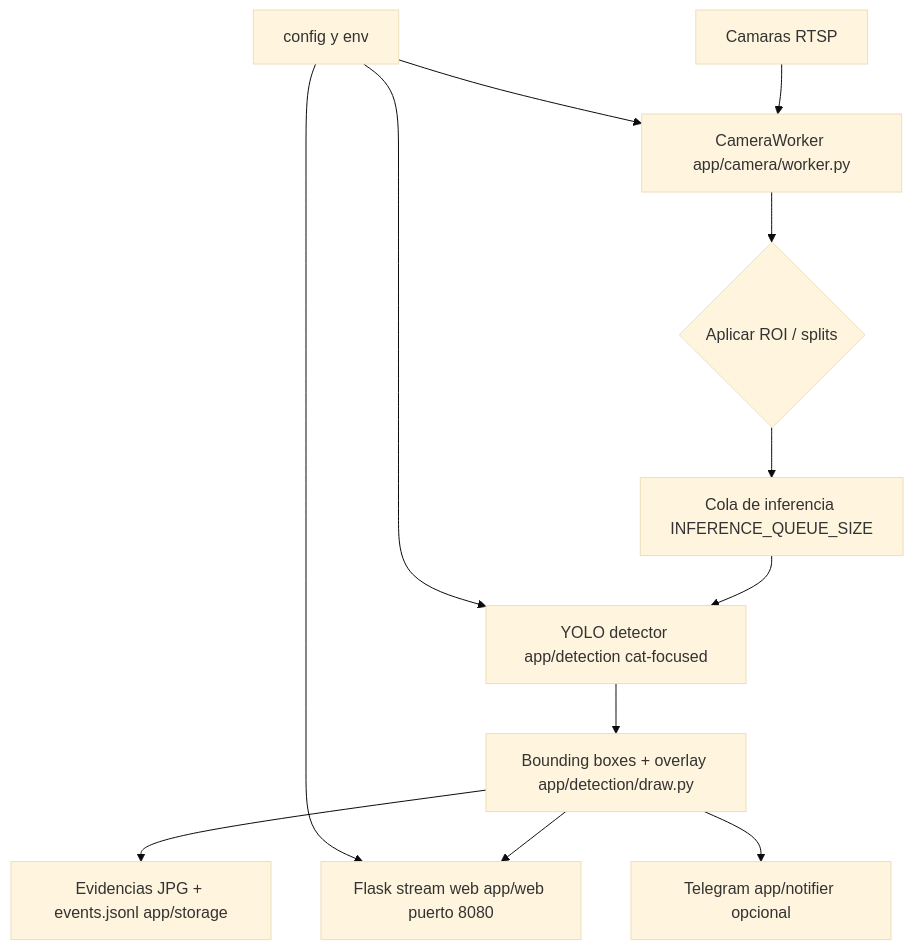
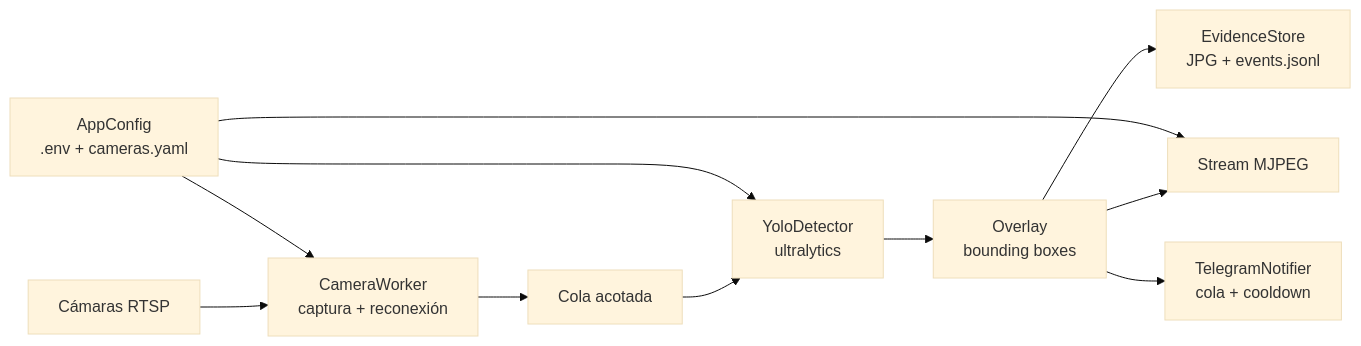
One commit to bi0punk/catfinder changed the diagram in README.md. Above: the diagram before and after it, drawn with Mermaid (base theme). The commit also changed other lines of this file, not shown here.

````diff
--- a/README.md
+++ b/README.md
@@ -38,14 +26,13 @@
 ```mermaid
-flowchart TD
-  CAM[Camaras RTSP] --> WORK[CameraWorker app/camera/worker.py]
-  WORK --> ROI{Aplicar ROI / splits}
-  ROI --> QUEUE[Cola de inferencia INFERENCE_QUEUE_SIZE]
-  QUEUE --> YOLO[YOLO detector app/detection cat-focused]
-  YOLO --> DRAW[Bounding boxes + overlay app/detection/draw.py]
-  DRAW --> WEB[Flask stream web app/web puerto 8080]
-  DRAW --> EVID[Evidencias JPG + events.jsonl app/storage]
-  DRAW --> TG[Telegram app/notifier opcional]
-  CONF[config y env] --> WORK
-  CONF --> YOLO
-  CONF --> WEB
+flowchart LR
+    CAM[Cámaras RTSP] --> W[CameraWorker<br/>captura + reconexión]
+    W --> Q[Cola acotada]
+    Q --> D[YoloDetector<br/>ultralytics]
+    D --> O[Overlay<br/>bounding boxes]
+    O --> S[Stream MJPEG]
+    O --> E[EvidenceStore<br/>JPG + events.jsonl]
+    O --> N[TelegramNotifier<br/>cola + cooldown]
+    C[AppConfig<br/>.env + cameras.yaml] --> W
+    C --> D
+    C --> S
 ```
````
